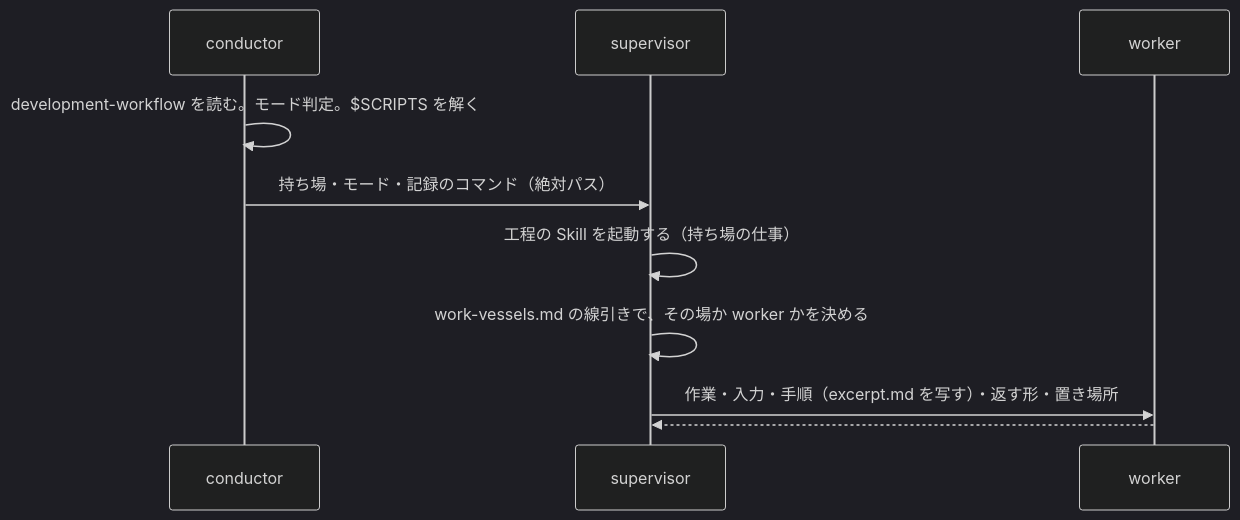
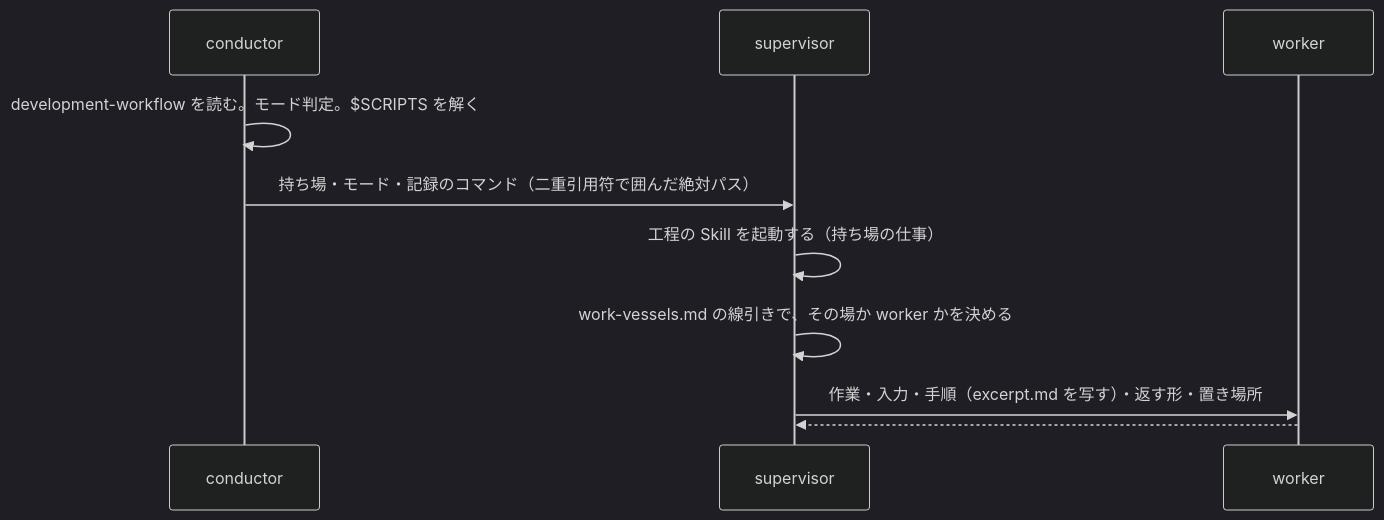
The third of 3 diagrams in issues/issue-828-680-design.md (devbasex/ai-plugins), drawn with Mermaid (dark theme) before and after one commit. The commit also changed other lines of this file and 1 other file, not shown here.

````diff
--- a/issues/issue-828-680-design.md
+++ b/issues/issue-828-680-design.md
@@ -270,12 +274,12 @@
 ```mermaid
 sequenceDiagram
   participant C as conductor
   participant S as supervisor
   participant W as worker
   C->>C: development-workflow を読む。モード判定。$SCRIPTS を解く
-  C->>S: 持ち場・モード・記録のコマンド（絶対パス）
+  C->>S: 持ち場・モード・記録のコマンド（二重引用符で囲んだ絶対パス）
   S->>S: 工程の Skill を起動する（持ち場の仕事）
   S->>S: work-vessels.md の線引きで、その場か worker かを決める
   S->>W: 作業・入力・手順（excerpt.md を写す）・返す形・置き場所
   W-->>S: ## 作業の報告
 ```
````
